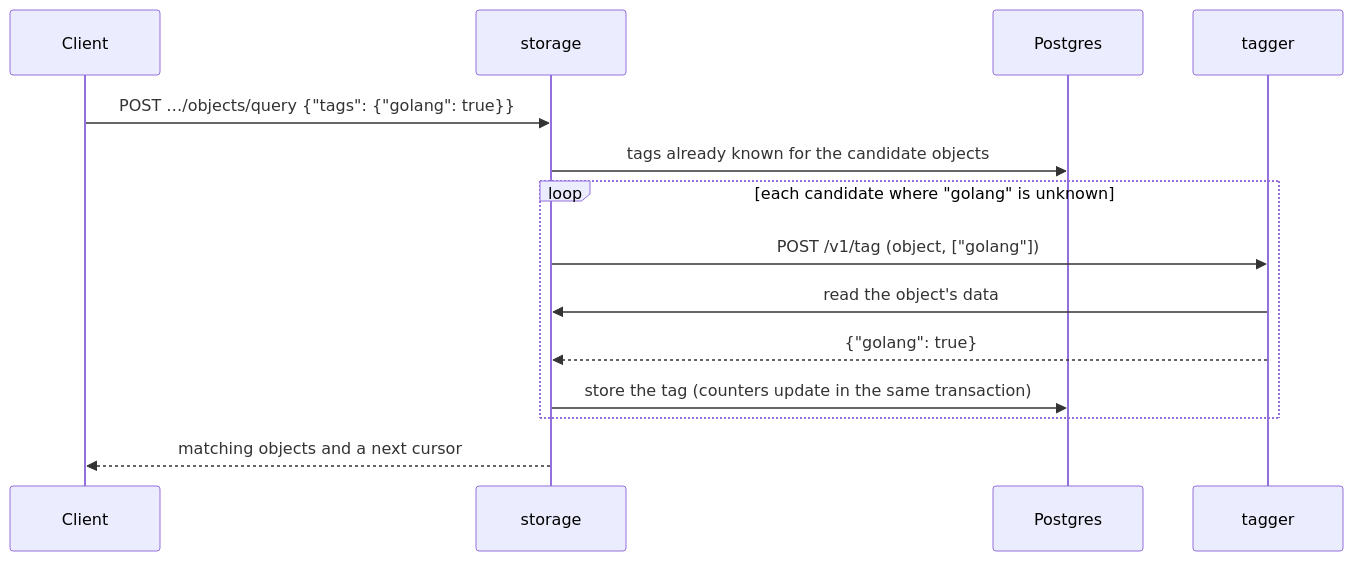
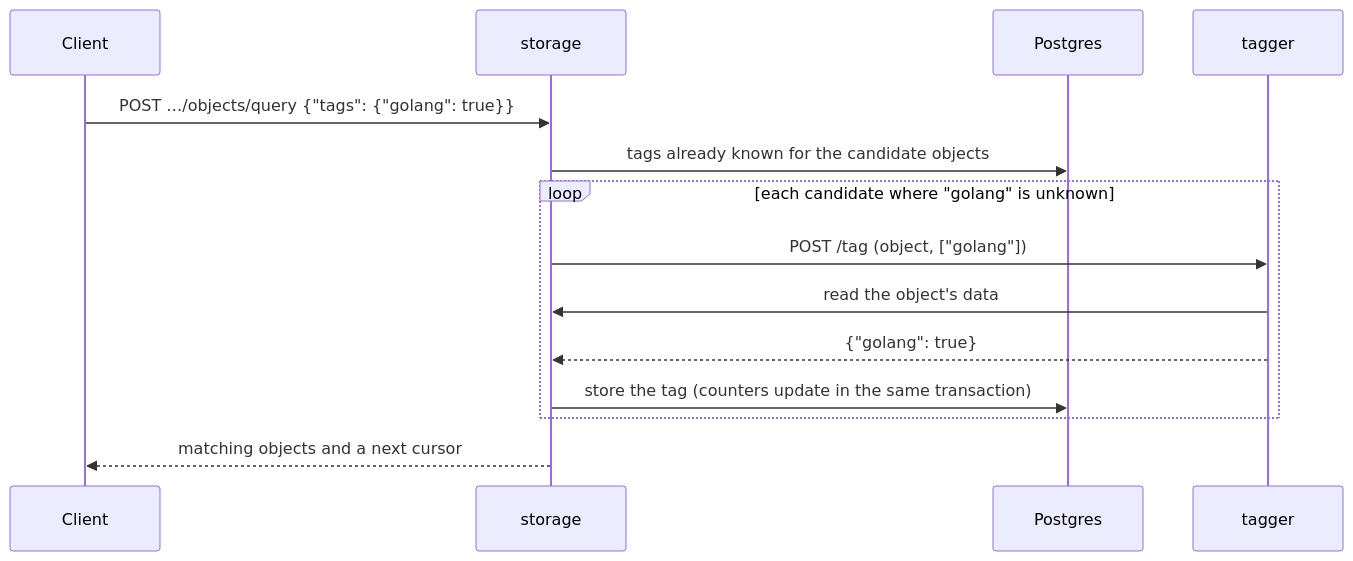
The second of 2 diagrams in README.md (MrSydar/tagona), drawn with Mermaid before and after one commit. The commit also changed other lines of this file and 31 other files, not shown here.

````diff
--- a/README.md
+++ b/README.md
@@ -328,17 +328,17 @@
 ```mermaid
 sequenceDiagram
     participant C as Client
     participant S as storage
     participant D as Postgres
     participant T as tagger
 
     C->>S: POST …/objects/query {"tags": {"golang": true}}
     S->>D: tags already known for the candidate objects
     loop each candidate where "golang" is unknown
-        S->>T: POST /v1/tag (object, ["golang"])
+        S->>T: POST /tag (object, ["golang"])
         T->>S: read the object's data
         T-->>S: {"golang": true}
         S->>D: store the tag (counters update in the same transaction)
     end
     S-->>C: matching objects and a next cursor
 ```
````
